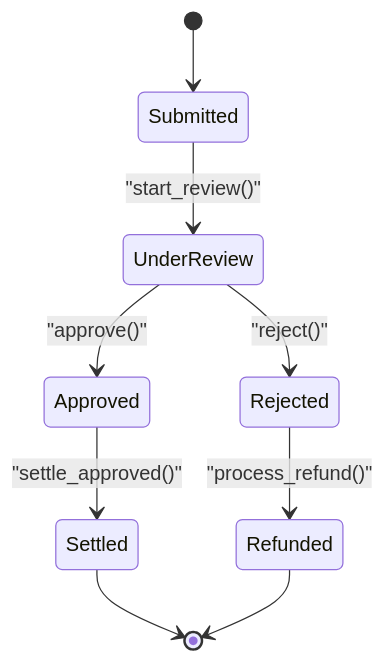
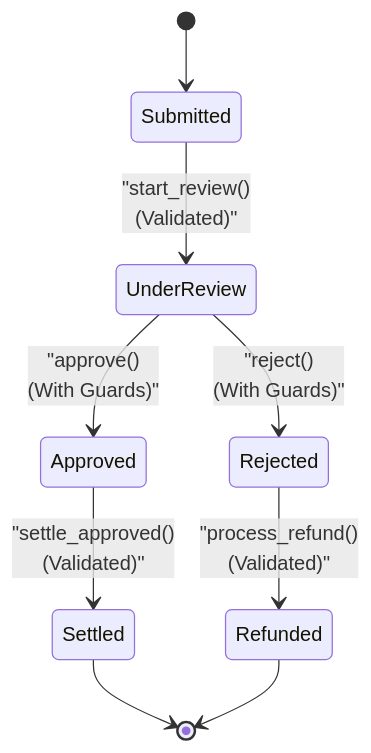
The fifth of 7 diagrams in .qoder/repowiki/en/content/Smart Contracts/Settlement Engine.md (hieudepoet/Insurix), drawn with Mermaid before and after one commit. The commit also changed other lines of this file and 73 other files, not shown here.

````diff
--- a/.qoder/repowiki/en/content/Smart Contracts/Settlement Engine.md
+++ b/.qoder/repowiki/en/content/Smart Contracts/Settlement Engine.md
@@ -208,11 +231,11 @@
 ```mermaid
 stateDiagram-v2
 [*] --> Submitted
-Submitted --> UnderReview : "start_review()"
-UnderReview --> Approved : "approve()"
-UnderReview --> Rejected : "reject()"
-Approved --> Settled : "settle_approved()"
-Rejected --> Refunded : "process_refund()"
+Submitted --> UnderReview : "start_review()<br/>(Validated)"
+UnderReview --> Approved : "approve()<br/>(With Guards)"
+UnderReview --> Rejected : "reject()<br/>(With Guards)"
+Approved --> Settled : "settle_approved()<br/>(Validated)"
+Rejected --> Refunded : "process_refund()<br/>(Validated)"
 Settled --> [*]
 Refunded --> [*]
 ```
````
